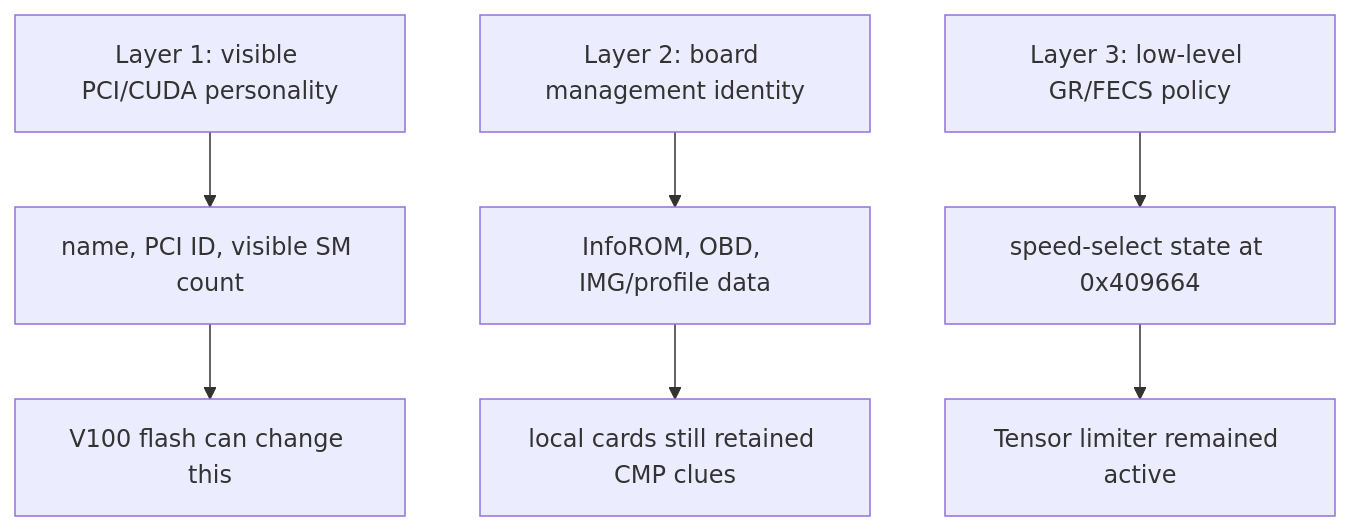
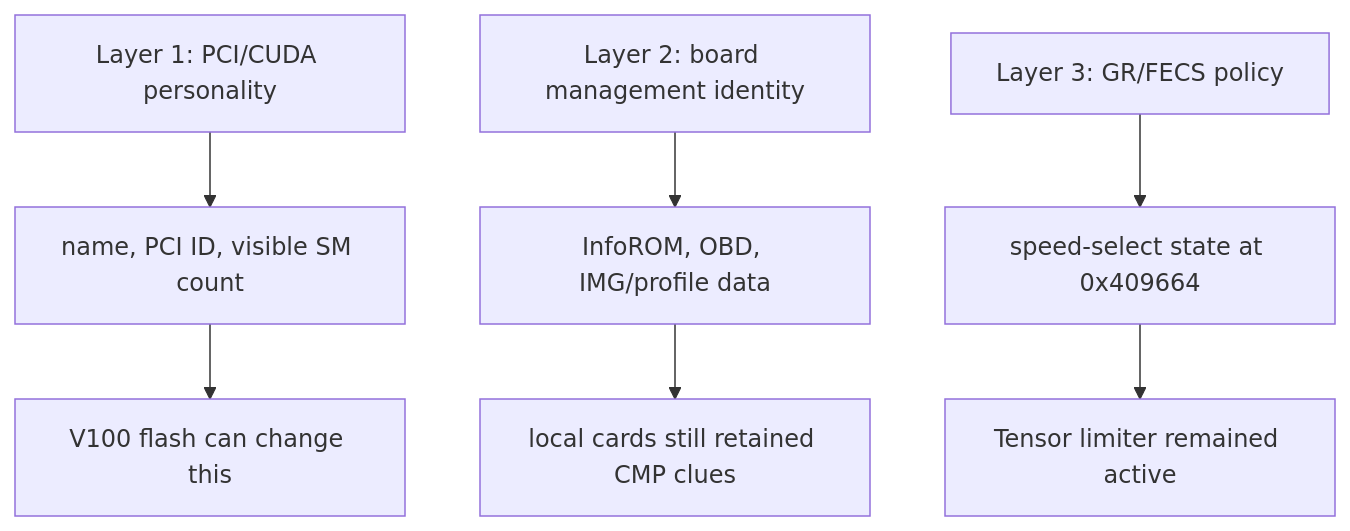
The diagram in README.md (jajmangold/gpu-falcon-research), drawn with Mermaid before and after one commit. The commit also changed other lines of this file, not shown here.

````diff
--- a/README.md
+++ b/README.md
@@ -35,9 +27,9 @@
 ```mermaid
 flowchart TD
-  pci["Layer 1: visible PCI/CUDA personality"] --> pci_items["name, PCI ID, visible SM count"]
+  pci["Layer 1: PCI/CUDA personality"] --> pci_items["name, PCI ID, visible SM count"]
   board["Layer 2: board management identity"] --> board_items["InfoROM, OBD, IMG/profile data"]
-  policy["Layer 3: low-level GR/FECS policy"] --> policy_items["speed-select state at 0x409664"]
+  policy["Layer 3: GR/FECS policy"] --> policy_items["speed-select state at 0x409664"]
   pci_items --> flash["V100 flash can change this"]
   board_items --> partial["local cards still retained CMP clues"]
   policy_items --> limiter["Tensor limiter remained active"]
 ```
````
